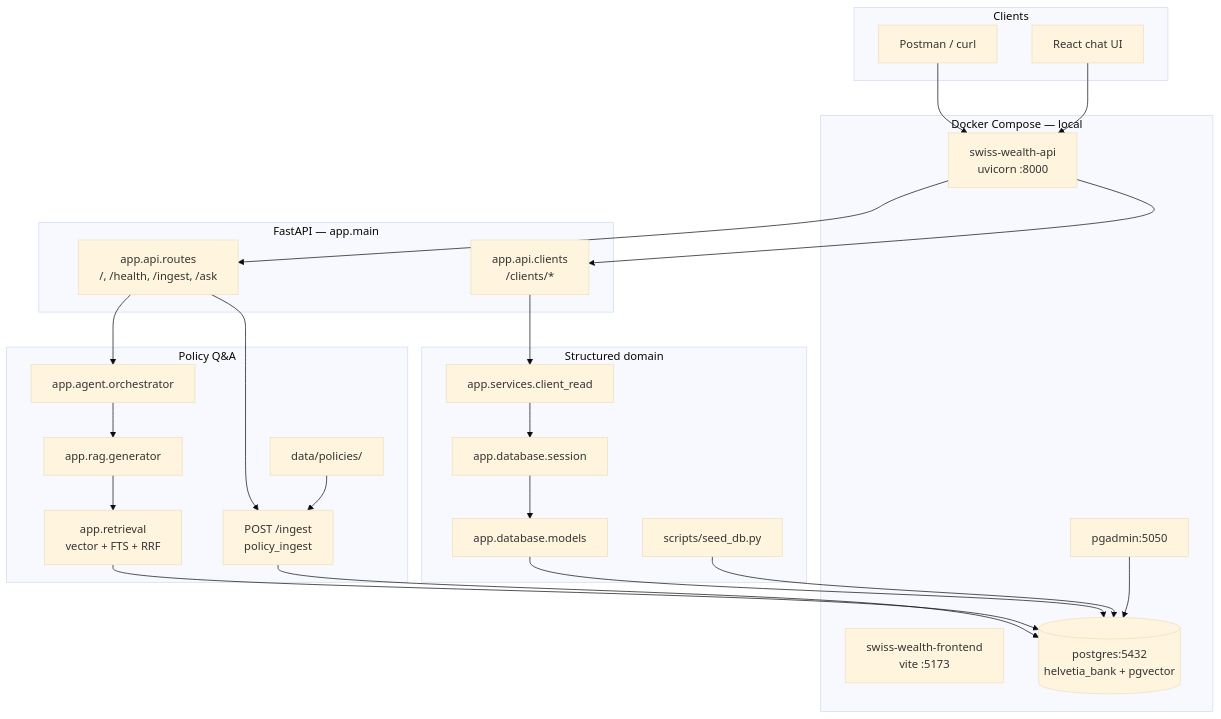
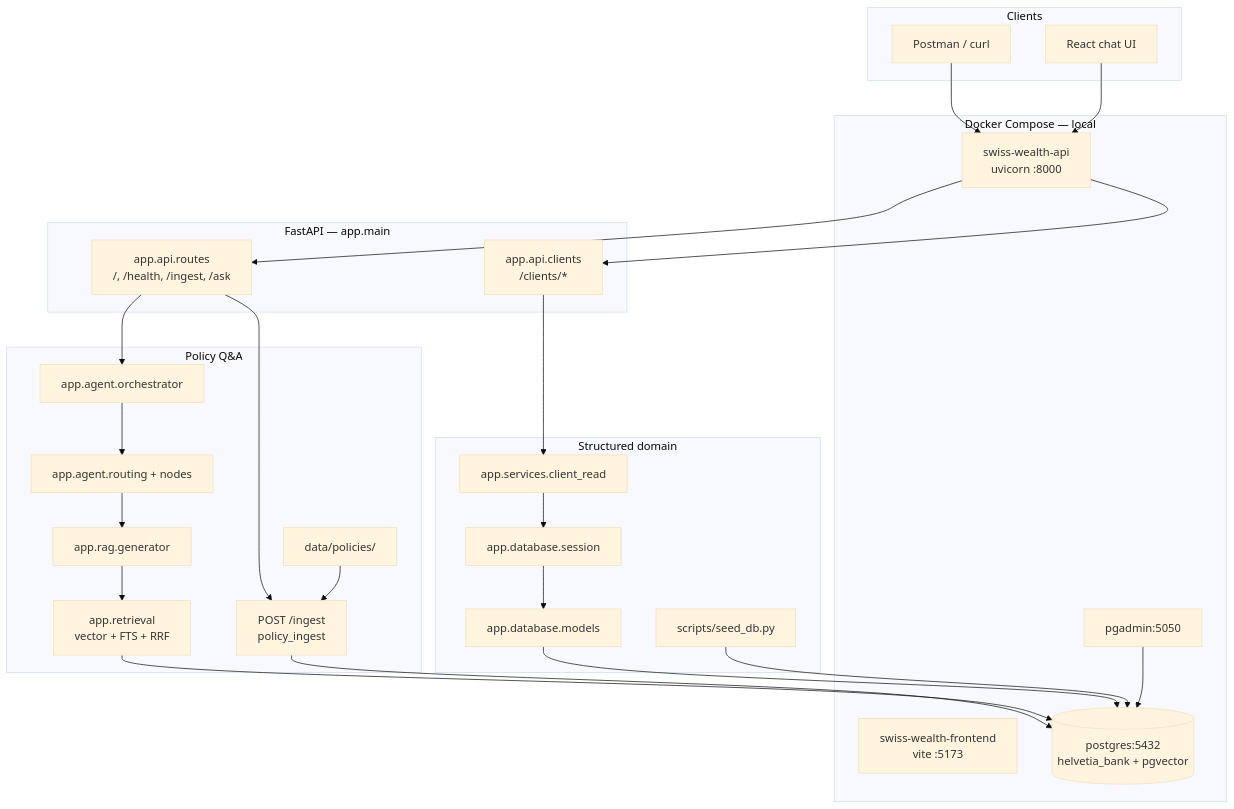
The diagram in docs/architecture/system.md (Mortiniera/swiss-wealth-rag-assistant), drawn with Mermaid (base theme) before and after one commit. The commit also changed other lines of this file and 14 other files, not shown here.

First line of the commit message:
feat(agent): add bounded workflow state and routing

````diff
--- a/docs/architecture/system.md
+++ b/docs/architecture/system.md
@@ -14,55 +9,57 @@
 ```mermaid
 flowchart TB
   subgraph clients [Clients]
     Postman[Postman / curl]
     UI[React chat UI]
   end
 
   subgraph compose [Docker Compose — local]
     API[swiss-wealth-api<br/>uvicorn :8000]
     FE[swiss-wealth-frontend<br/>vite :5173]
     PG[(postgres:5432<br/>helvetia_bank + pgvector)]
     PgAdmin[pgadmin:5050]
   end
 
   subgraph api_app [FastAPI — app.main]
     CoreRouter[app.api.routes<br/>/, /health, /ingest, /ask]
     ClientsRouter[app.api.clients<br/>/clients/*]
   end
 
   subgraph ask_path [Policy Q&A]
     Orchestrator[app.agent.orchestrator]
+    Routing[app.agent.routing + nodes]
     Generator[app.rag.generator]
     Hybrid[app.retrieval<br/>vector + FTS + RRF]
     Policies[data/policies/]
     PolicyIngest[POST /ingest<br/>policy_ingest]
   end
 
   subgraph domain [Structured domain]
     ClientRead[app.services.client_read]
     Session[app.database.session]
     Models[app.database.models]
     Seed[scripts/seed_db.py]
   end
 
   Postman --> API
   UI --> API
   API --> CoreRouter
   API --> ClientsRouter
 
   CoreRouter --> Orchestrator
-  Orchestrator --> Generator
+  Orchestrator --> Routing
+  Routing --> Generator
   Generator --> Hybrid
   Hybrid --> PG
   CoreRouter --> PolicyIngest
   Policies --> PolicyIngest
   PolicyIngest --> PG
 
   ClientsRouter --> ClientRead
   ClientRead --> Session
   Session --> Models
   Models --> PG
 
   Seed --> PG
   PgAdmin --> PG
 ```
````
